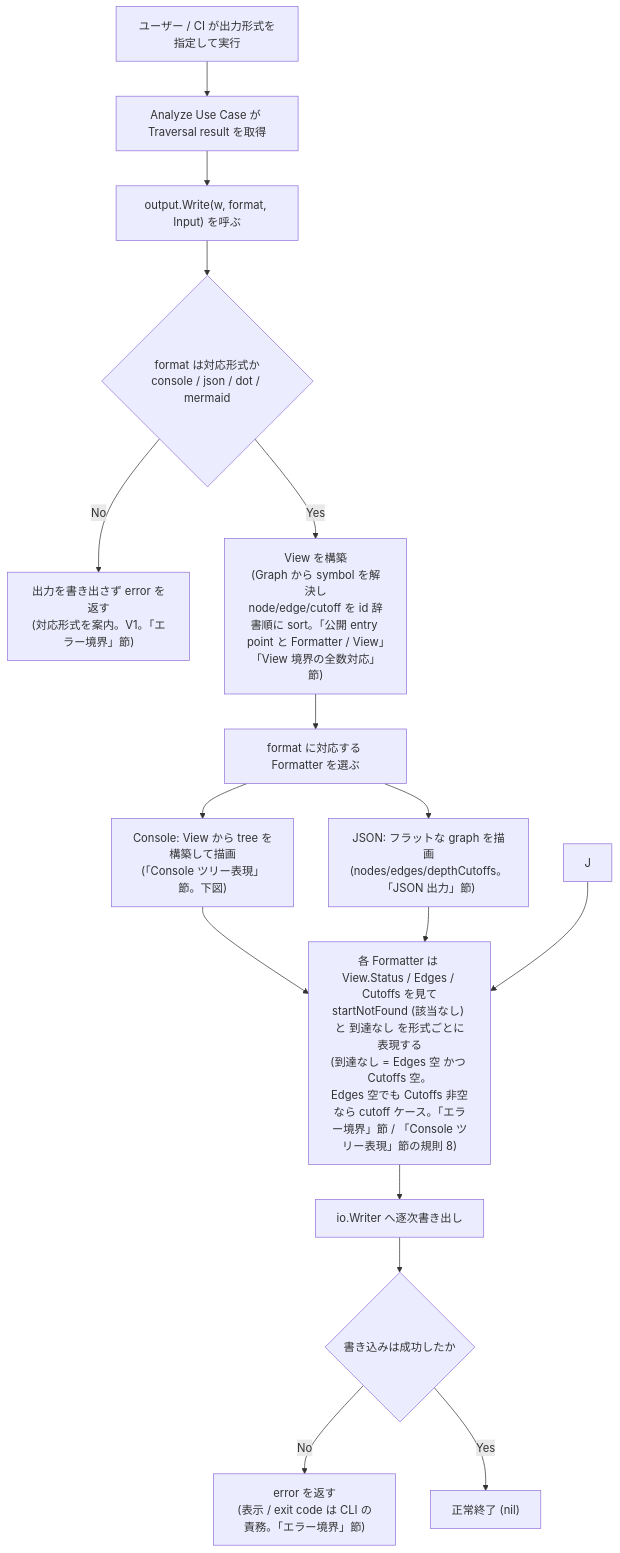
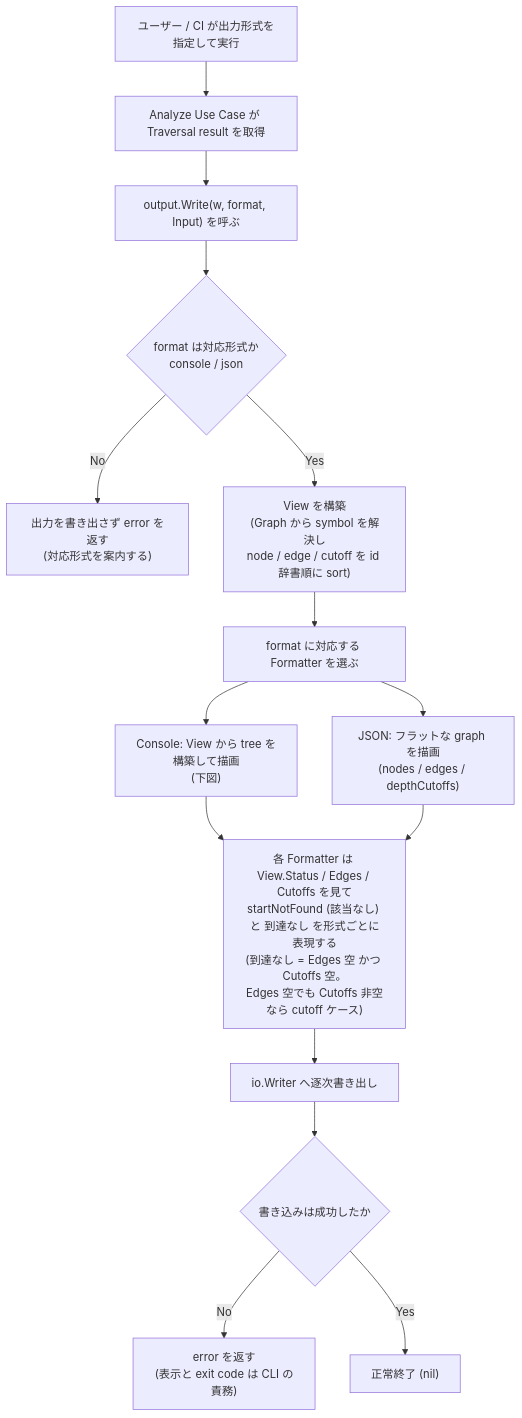
The second of 4 diagrams in design/features/output/DesignDoc_output.md (Fukuemon/depwalk), drawn with Mermaid before and after one commit. The commit also changed other lines of this file and 25 other files, not shown here.

First line of the commit message:
docs: 参照の規範を適用し、経緯と冗長表現を落として図を足す

````diff
--- a/design/features/output/DesignDoc_output.md
+++ b/design/features/output/DesignDoc_output.md
@@ -292,18 +304,17 @@
 ```mermaid
 flowchart TD
     A["ユーザー / CI が出力形式を指定して実行"] --> B["Analyze Use Case が Traversal result を取得"]
     B --> C["output.Write(w, format, Input) を呼ぶ"]
-    C --> D{"format は対応形式か<br/>console / json / dot / mermaid"}
-    D -- "No" --> E["出力を書き出さず error を返す<br/>(対応形式を案内。V1。「エラー境界」節)"]
-    D -- "Yes" --> F["View を構築<br/>(Graph から symbol を解決し<br/>node/edge/cutoff を id 辞書順に sort。「公開 entry point と Formatter / View」「View 境界の全数対応」節)"]
+    C --> D{"format は対応形式か<br/>console / json"}
+    D -- "No" --> E["出力を書き出さず error を返す<br/>(対応形式を案内する)"]
+    D -- "Yes" --> F["View を構築<br/>(Graph から symbol を解決し<br/>node / edge / cutoff を id 辞書順に sort)"]
     F --> G["format に対応する Formatter を選ぶ"]
-    G --> H["Console: View から tree を構築して描画<br/>(「Console ツリー表現」節。下図)"]
-    G --> I["JSON: フラットな graph を描画<br/>(nodes/edges/depthCutoffs。「JSON 出力」節)"]
-    H --> K["各 Formatter は View.Status / Edges / Cutoffs を見て<br/>startNotFound (該当なし) と 到達なし を形式ごとに表現する<br/>(到達なし = Edges 空 かつ Cutoffs 空。<br/>Edges 空でも Cutoffs 非空なら cutoff ケース。「エラー境界」節 / 「Console ツリー表現」節の規則 8)"]
+    G --> H["Console: View から tree を構築して描画<br/>(下図)"]
+    G --> I["JSON: フラットな graph を描画<br/>(nodes / edges / depthCutoffs)"]
+    H --> K["各 Formatter は View.Status / Edges / Cutoffs を見て<br/>startNotFound (該当なし) と 到達なし を形式ごとに表現する<br/>(到達なし = Edges 空 かつ Cutoffs 空。<br/>Edges 空でも Cutoffs 非空なら cutoff ケース)"]
     I --> K
-    J --> K
     K --> L["io.Writer へ逐次書き出し"]
     L --> M{"書き込みは成功したか"}
-    M -- "No" --> N["error を返す<br/>(表示 / exit code は CLI の責務。「エラー境界」節)"]
+    M -- "No" --> N["error を返す<br/>(表示と exit code は CLI の責務)"]
     M -- "Yes" --> O["正常終了 (nil)"]
 ```
````
